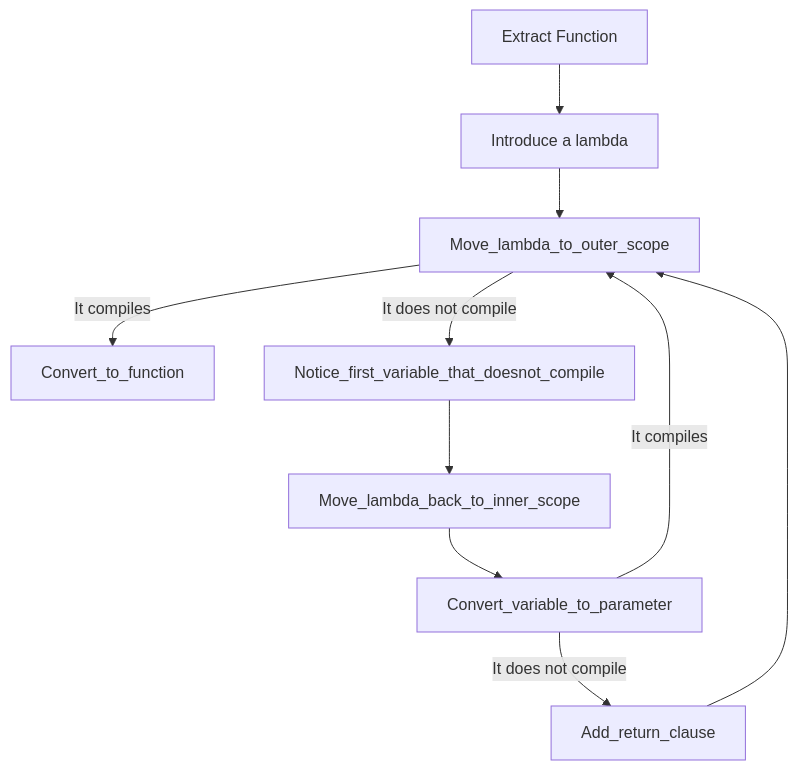
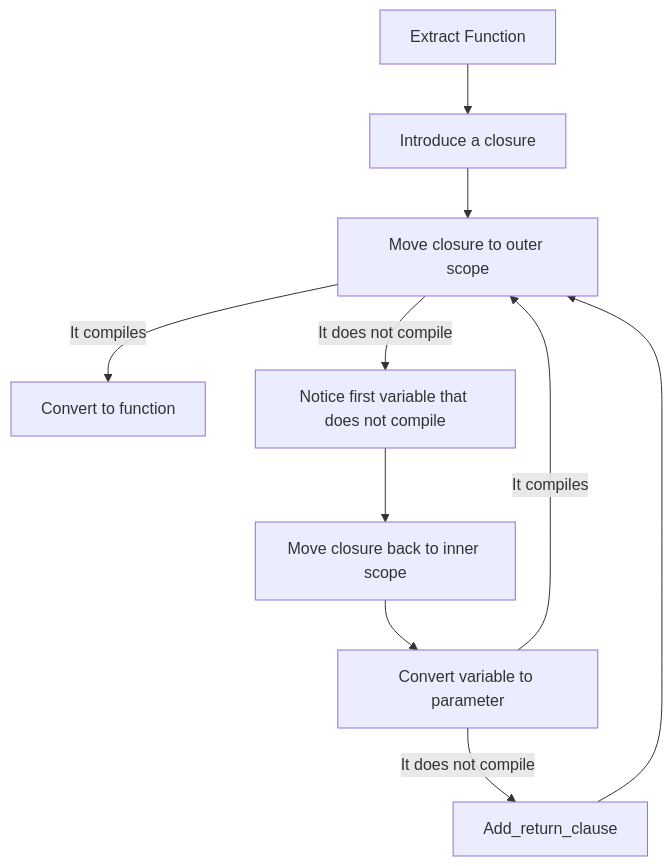
One commit to jonreid/provable-refactorings changed the diagram in recipes/core-6/extract-function/swift.md. Above: the diagram before and after it, drawn with Mermaid. The commit also changed other lines of this file, not shown here.

Commit message:
rename lambda to closure

````diff
--- a/recipes/core-6/extract-function/swift.md
+++ b/recipes/core-6/extract-function/swift.md
@@ -5,12 +5,12 @@
 ```mermaid
 graph TD;
-    Extract_Function["Extract Function"] --> Introduce_lambda["Introduce a lambda"];
-    Introduce_lambda --> Move_lambda_to_outer_scope;
-    Move_lambda_to_outer_scope --> |It compiles| Convert_to_function;
-    Move_lambda_to_outer_scope --> |It does not compile| Notice_first_variable_that_doesnot_compile;
-    Notice_first_variable_that_doesnot_compile --> Move_lambda_back_to_inner_scope;
-    Move_lambda_back_to_inner_scope --> Convert_variable_to_parameter;
-    Convert_variable_to_parameter --> |It compiles| Move_lambda_to_outer_scope;
+    Extract_Function["Extract Function"] --> Introduce_closure["Introduce a closure"];
+    Introduce_closure --> Move_closure_to_outer_scope["Move closure to outer scope"];
+    Move_closure_to_outer_scope --> |It compiles| Convert_to_function["Convert to function"];
+    Move_closure_to_outer_scope --> |It does not compile| Notice_first_variable_that_doesnot_compile["Notice first variable that does not compile"];
+    Notice_first_variable_that_doesnot_compile --> Move_closure_back_to_inner_scope["Move closure back to inner scope"];
+    Move_closure_back_to_inner_scope --> Convert_variable_to_parameter["Convert variable to parameter"];
+    Convert_variable_to_parameter --> |It compiles| Move_closure_to_outer_scope;
     Convert_variable_to_parameter --> |It does not compile| Add_return_clause;
-    Add_return_clause --> Move_lambda_to_outer_scope;
+    Add_return_clause --> Move_closure_to_outer_scope;
 ```
````
